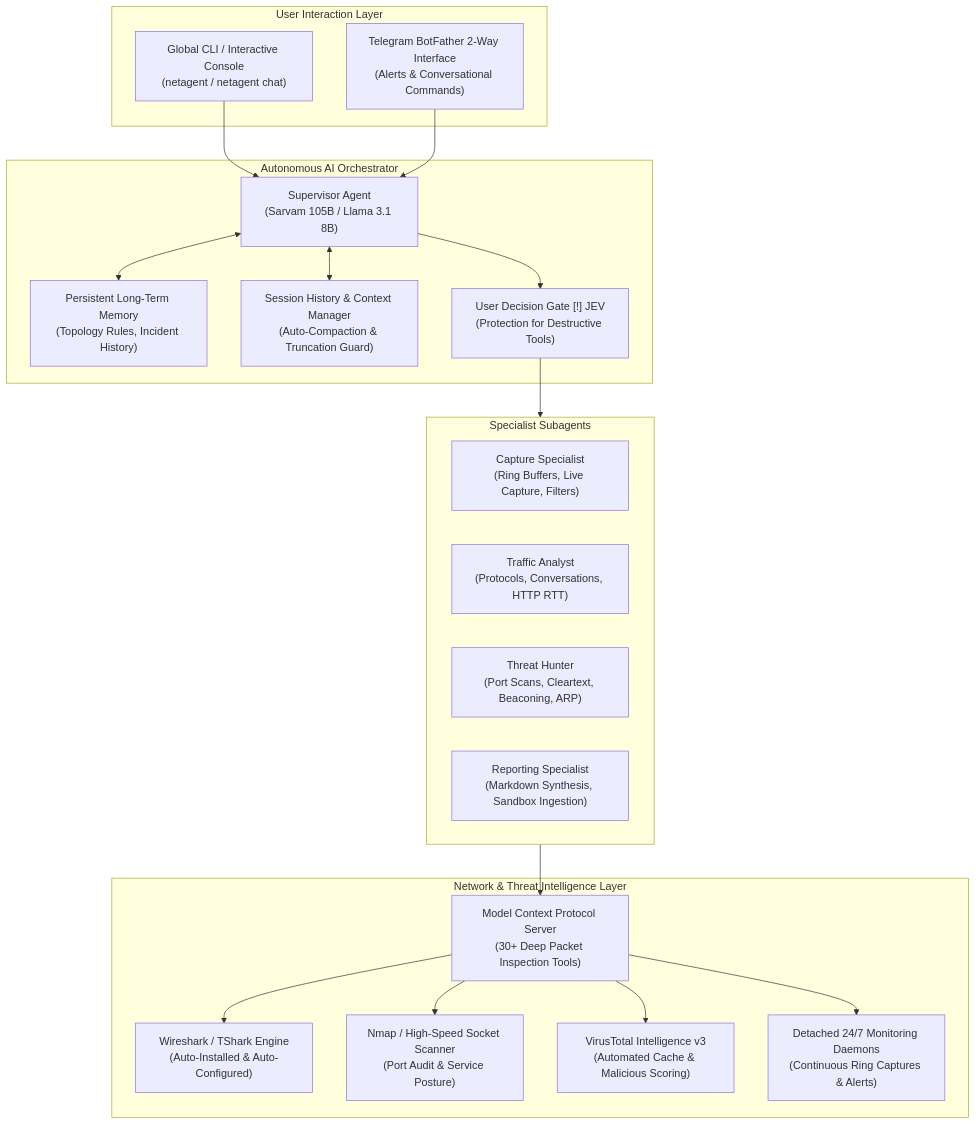
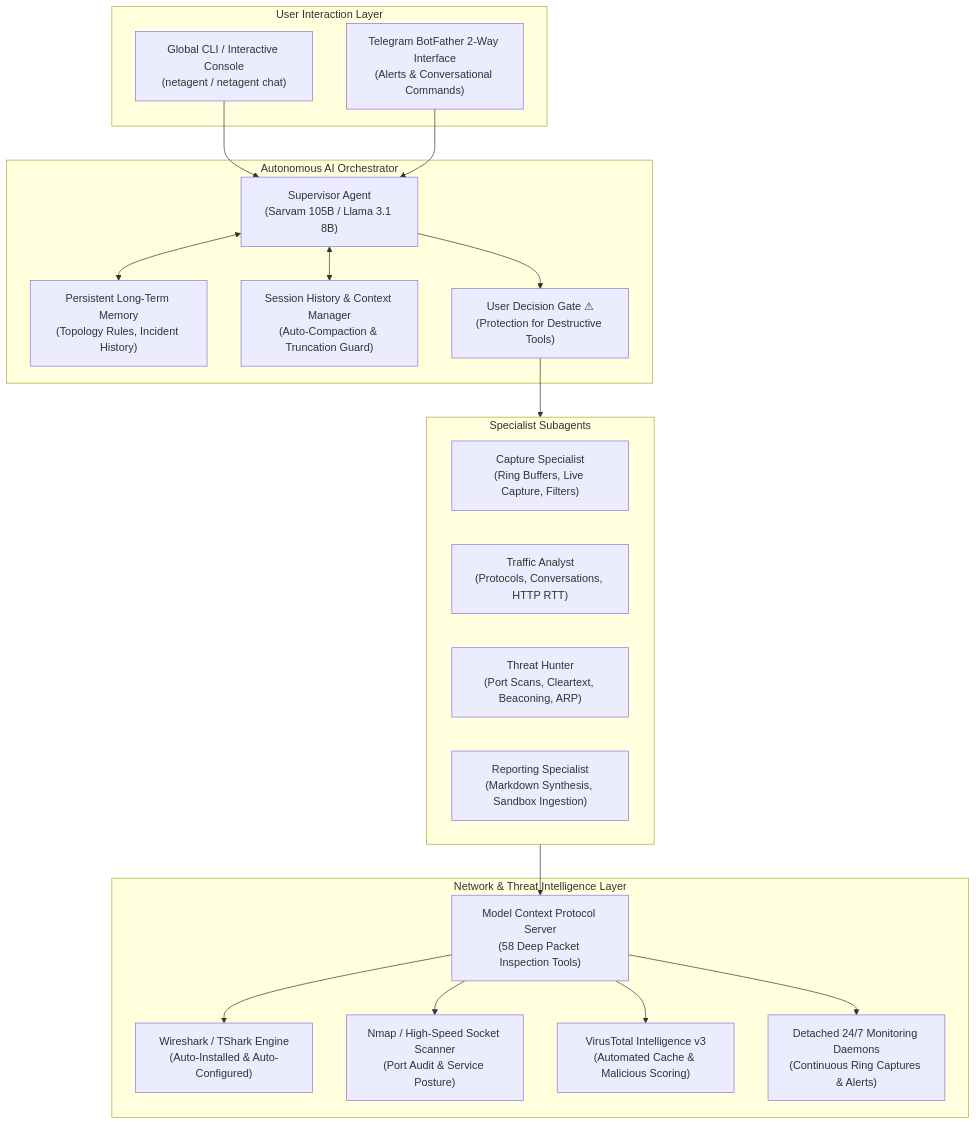
Before and after one commit to ScriptKiddie913/NetAgent: the first of 2 diagrams in README.md, drawn with Mermaid. The commit also changed other lines of this file, not shown here.

````diff
--- a/README.md
+++ b/README.md
@@ -34,41 +30,41 @@
 ```mermaid
 graph TB
     subgraph UserInterface["User Interaction Layer"]
         CLI["Global CLI / Interactive Console<br/>(netagent / netagent chat)"]
         TG["Telegram BotFather 2-Way Interface<br/>(Alerts & Conversational Commands)"]
     end
 
     subgraph OrchestrationLayer["Autonomous AI Orchestrator"]
         SUP["Supervisor Agent<br/>(Sarvam 105B / Llama 3.1 8B)"]
         MEM["Persistent Long-Term Memory<br/>(Topology Rules, Incident History)"]
         SESS["Session History & Context Manager<br/>(Auto-Compaction & Truncation Guard)"]
-        GATE["User Decision Gate [!] JEV<br/>(Protection for Destructive Tools)"]
+        GATE["User Decision Gate ⚠<br/>(Protection for Destructive Tools)"]
     end
 
     subgraph SpecialistAgents["Specialist Subagents"]
         CAP["Capture Specialist<br/>(Ring Buffers, Live Capture, Filters)"]
         TRAF["Traffic Analyst<br/>(Protocols, Conversations, HTTP RTT)"]
         HUNT["Threat Hunter<br/>(Port Scans, Cleartext, Beaconing, ARP)"]
         REP["Reporting Specialist<br/>(Markdown Synthesis, Sandbox Ingestion)"]
     end
 
     subgraph EngineLayer["Network & Threat Intelligence Layer"]
-        MCP["Model Context Protocol Server<br/>(30+ Deep Packet Inspection Tools)"]
+        MCP["Model Context Protocol Server<br/>(58 Deep Packet Inspection Tools)"]
         TSHARK["Wireshark / TShark Engine<br/>(Auto-Installed & Auto-Configured)"]
         NMAP["Nmap / High-Speed Socket Scanner<br/>(Port Audit & Service Posture)"]
         VT["VirusTotal Intelligence v3<br/>(Automated Cache & Malicious Scoring)"]
         BG["Detached 24/7 Monitoring Daemons<br/>(Continuous Ring Captures & Alerts)"]
     end
 
     CLI --> SUP
     TG --> SUP
     SUP <--> MEM
     SUP <--> SESS
     SUP --> GATE
     GATE --> SpecialistAgents
     SpecialistAgents --> MCP
     MCP --> TSHARK
     MCP --> NMAP
     MCP --> VT
     MCP --> BG
 ```
````
